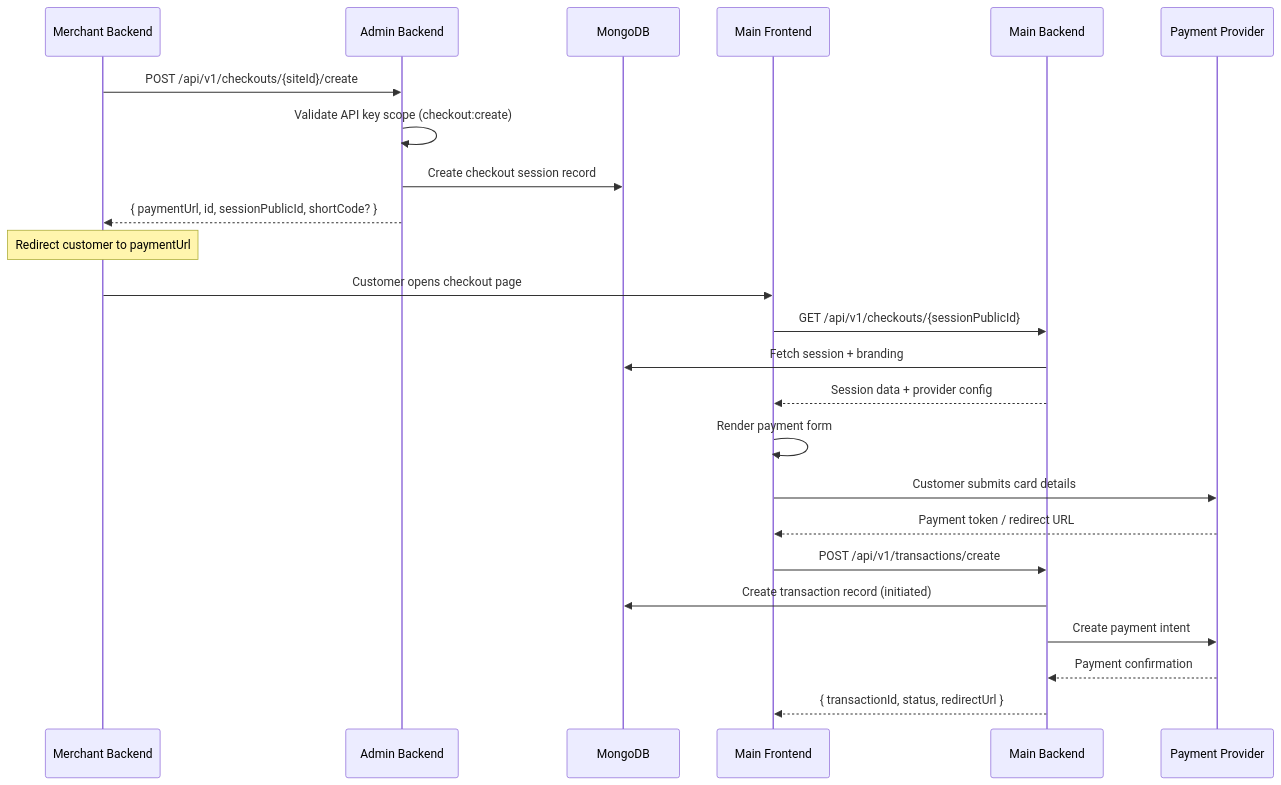
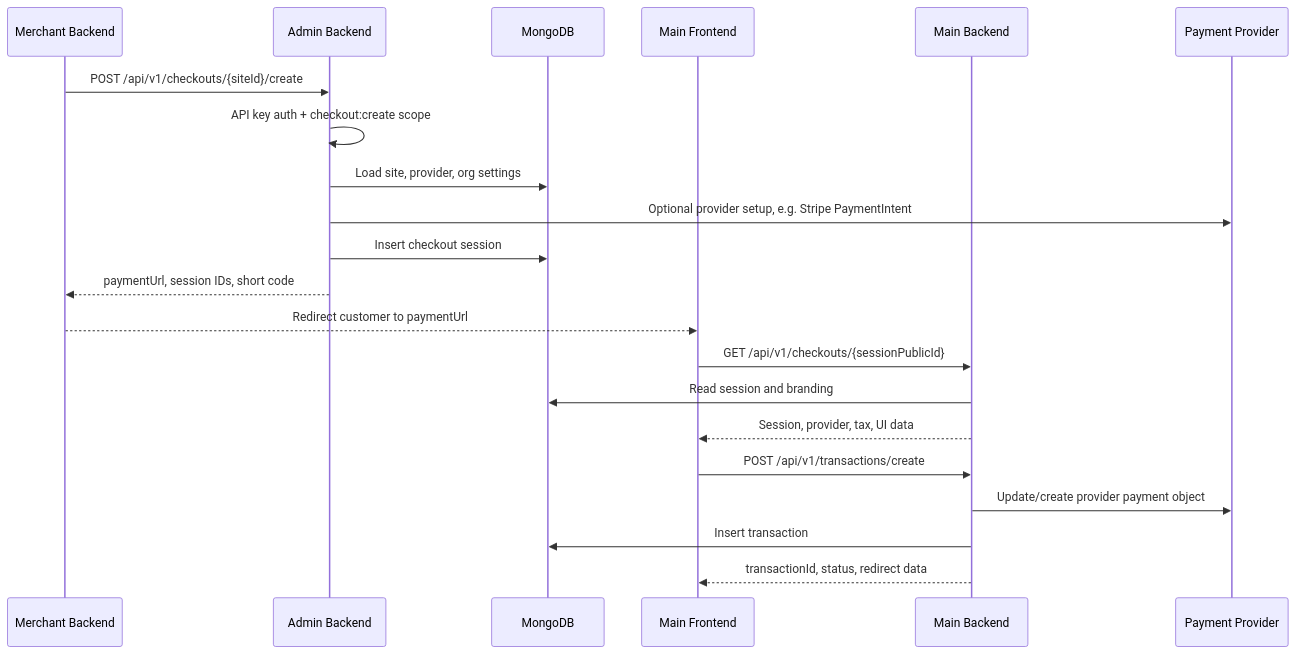
The fourth of 12 diagrams in content/docs/architecture/diagrams.mdx (Root-Sector-Ltd-and-Co-KG/payment-gateway-docs), drawn with Mermaid before and after one commit. The commit also changed other lines of this file and 36 other files, not shown here.

````diff
--- a/content/docs/architecture/diagrams.mdx
+++ b/content/docs/architecture/diagrams.mdx
@@ -67,32 +141,26 @@
 ```mermaid
 sequenceDiagram
-    participant M as Merchant Backend
-    participant AB as Admin Backend
-    participant DB as MongoDB
-    participant MF as Main Frontend
-    participant MB as Main Backend
-    participant P as Payment Provider
+    participant Merchant as Merchant Backend
+    participant Admin as Admin Backend
+    participant Mongo as MongoDB
+    participant MainFE as Main Frontend
+    participant MainBE as Main Backend
+    participant Provider as Payment Provider
 
-    M->>AB: POST /api/v1/checkouts/{siteId}/create
-    AB->>AB: Validate API key scope (checkout:create)
-    AB->>DB: Create checkout session record
-    AB-->>M: { paymentUrl, id, sessionPublicId, shortCode? }
+    Merchant->>Admin: POST /api/v1/checkouts/{siteId}/create
+    Admin->>Admin: API key auth + checkout:create scope
+    Admin->>Mongo: Load site, provider, org settings
+    Admin->>Provider: Optional provider setup, e.g. Stripe PaymentIntent
+    Admin->>Mongo: Insert checkout session
+    Admin-->>Merchant: paymentUrl, session IDs, short code
 
-    Note over M: Redirect customer to paymentUrl
+    Merchant-->>MainFE: Redirect customer to paymentUrl
+    MainFE->>MainBE: GET /api/v1/checkouts/{sessionPublicId}
+    MainBE->>Mongo: Read session and branding
+    MainBE-->>MainFE: Session, provider, tax, UI data
 
-    M->>MF: Customer opens checkout page
-    MF->>MB: GET /api/v1/checkouts/{sessionPublicId}
-    MB->>DB: Fetch session + branding
-    MB-->>MF: Session data + provider config
-
-    MF->>MF: Render payment form
-
-    MF->>P: Customer submits card details
-    P-->>MF: Payment token / redirect URL
-
-    MF->>MB: POST /api/v1/transactions/create
-    MB->>DB: Create transaction record (initiated)
-    MB->>P: Create payment intent
-    P-->>MB: Payment confirmation
-    MB-->>MF: { transactionId, status, redirectUrl }
+    MainFE->>MainBE: POST /api/v1/transactions/create
+    MainBE->>Provider: Update/create provider payment object
+    MainBE->>Mongo: Insert transaction
+    MainBE-->>MainFE: transactionId, status, redirect data
 ```
````
